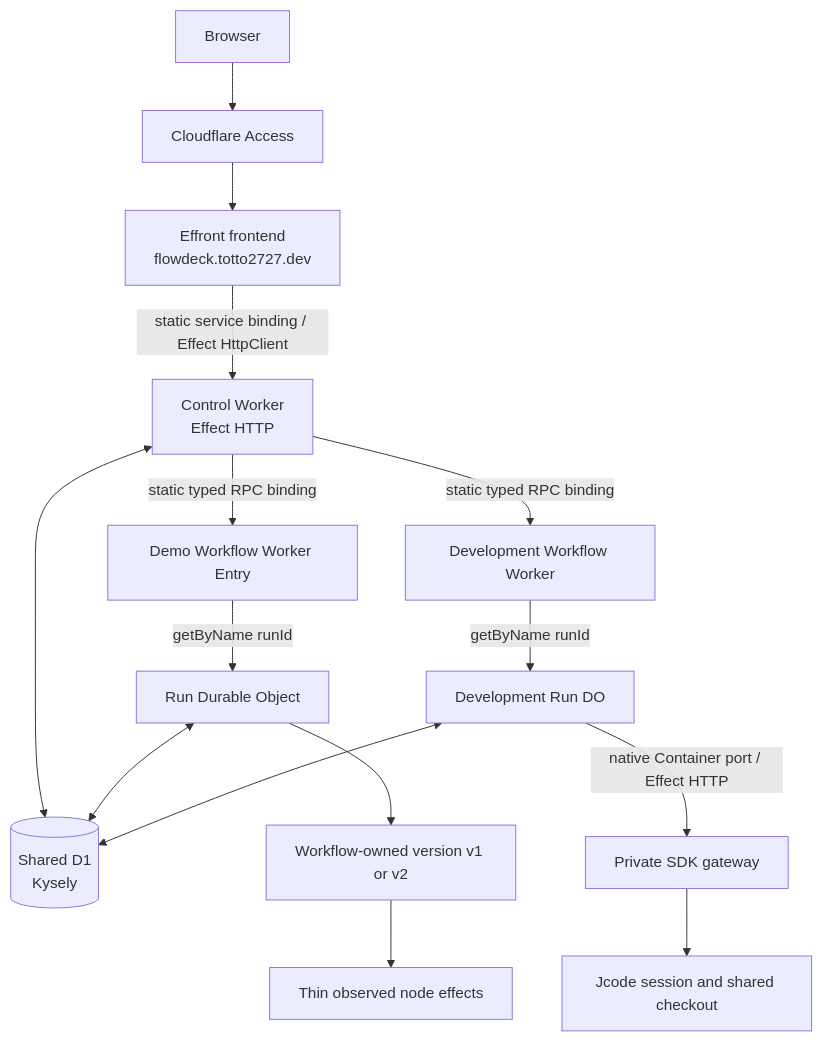
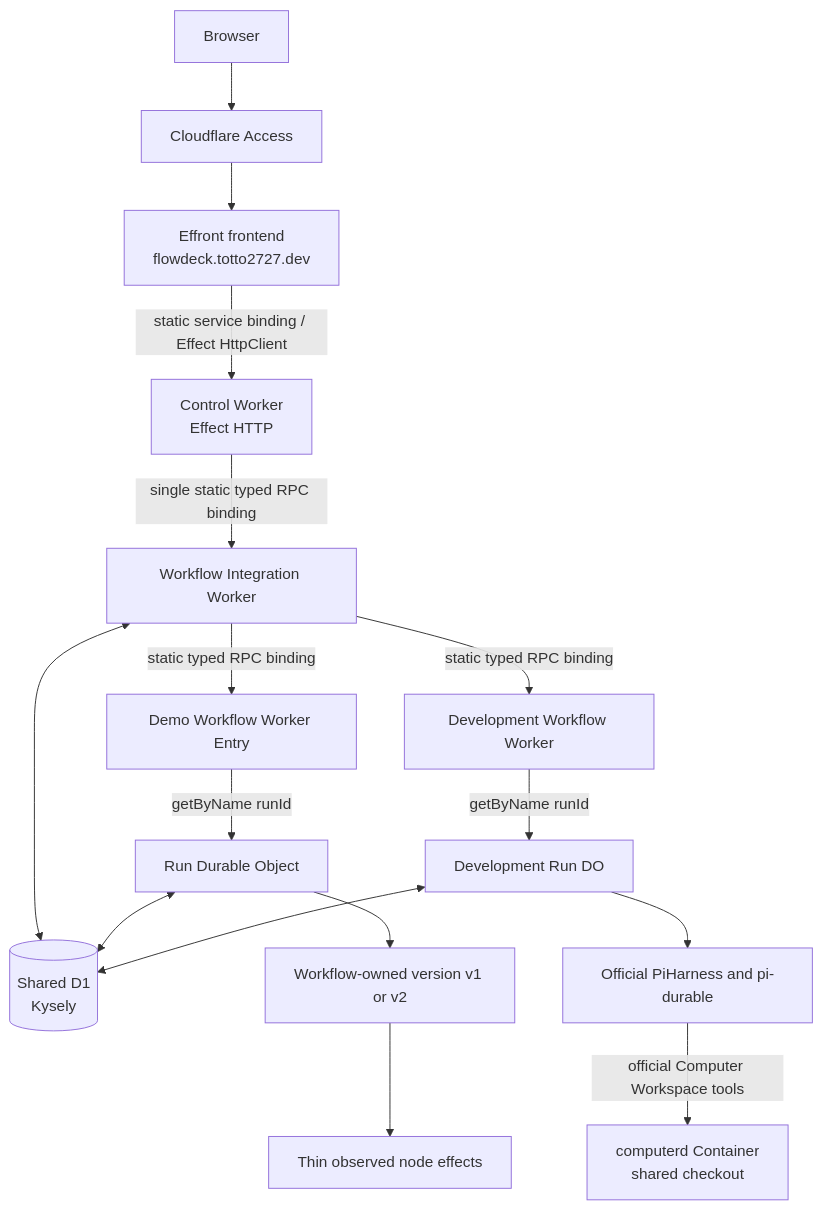
The first of 2 diagrams in docs/architecture.md (totto2727-org/flowdeck), drawn with Mermaid before and after one commit. The commit also changed other lines of this file and 14 other files, not shown here.

Commit message:
feat: route Control through one workflow integration Worker

````diff
--- a/docs/architecture.md
+++ b/docs/architecture.md
@@ -9,17 +9,18 @@
 ```mermaid
 flowchart TB
   Browser[Browser] --> Access[Cloudflare Access]
   Access --> Web[Effront frontend\nflowdeck.totto2727.dev]
   Web -->|static service binding / Effect HttpClient| API[Control Worker\nEffect HTTP]
-  API -->|static typed RPC binding| Entry[Demo Workflow Worker Entry]
+  API -->|single static typed RPC binding| Workflow[Workflow Integration Worker]
+  Workflow -->|static typed RPC binding| Entry[Demo Workflow Worker Entry]
   Entry -->|getByName runId| Run[Run Durable Object]
-  API <--> DB[(Shared D1\nKysely)]
+  Workflow <--> DB[(Shared D1\nKysely)]
   Run <--> DB
   Run --> V[Workflow-owned version v1 or v2]
-  API -->|static typed RPC binding| Development[Development Workflow Worker]
+  Workflow -->|static typed RPC binding| Development[Development Workflow Worker]
   Development -->|getByName runId| DevelopmentRun[Development Run DO]
   DevelopmentRun <--> DB
-  DevelopmentRun -->|native Container port / Effect HTTP| Gateway[Private SDK gateway]
-  Gateway --> Session[Jcode session and shared checkout]
+  DevelopmentRun --> Pi[Official PiHarness and pi-durable]
+  Pi -->|official Computer Workspace tools| Container[computerd Container\nshared checkout]
   V --> N[Thin observed node effects]
 ```
````
